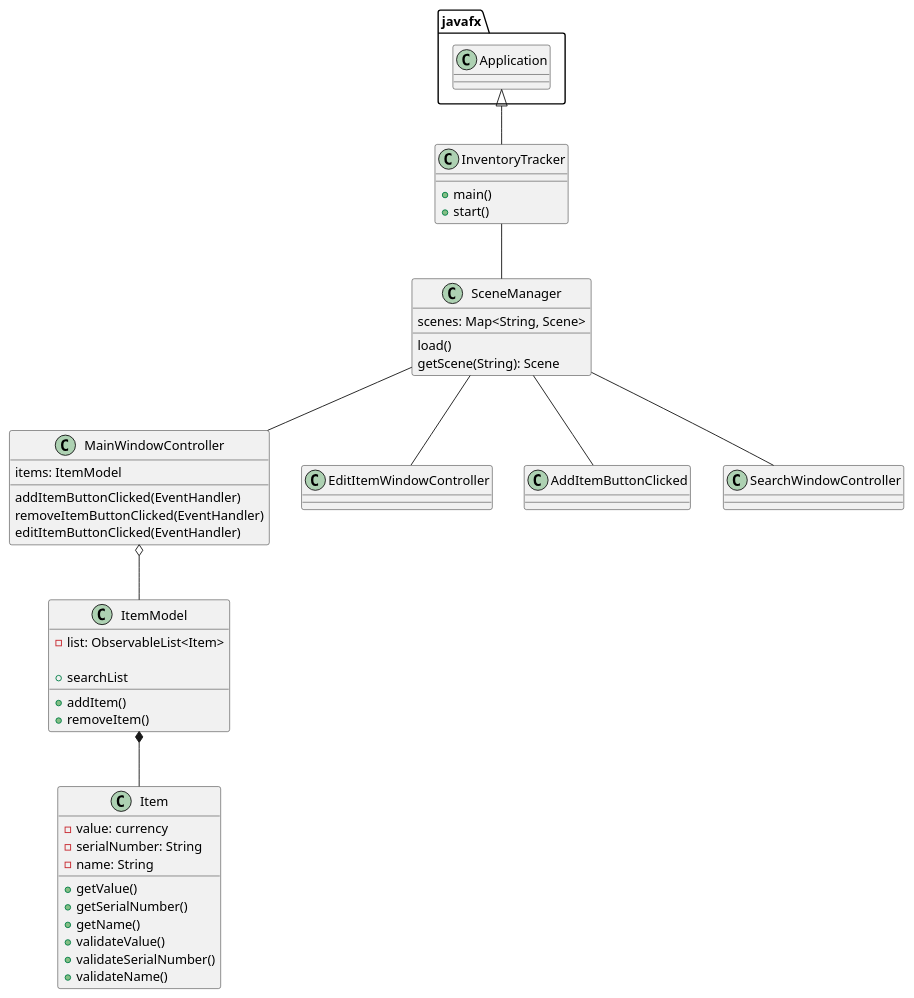
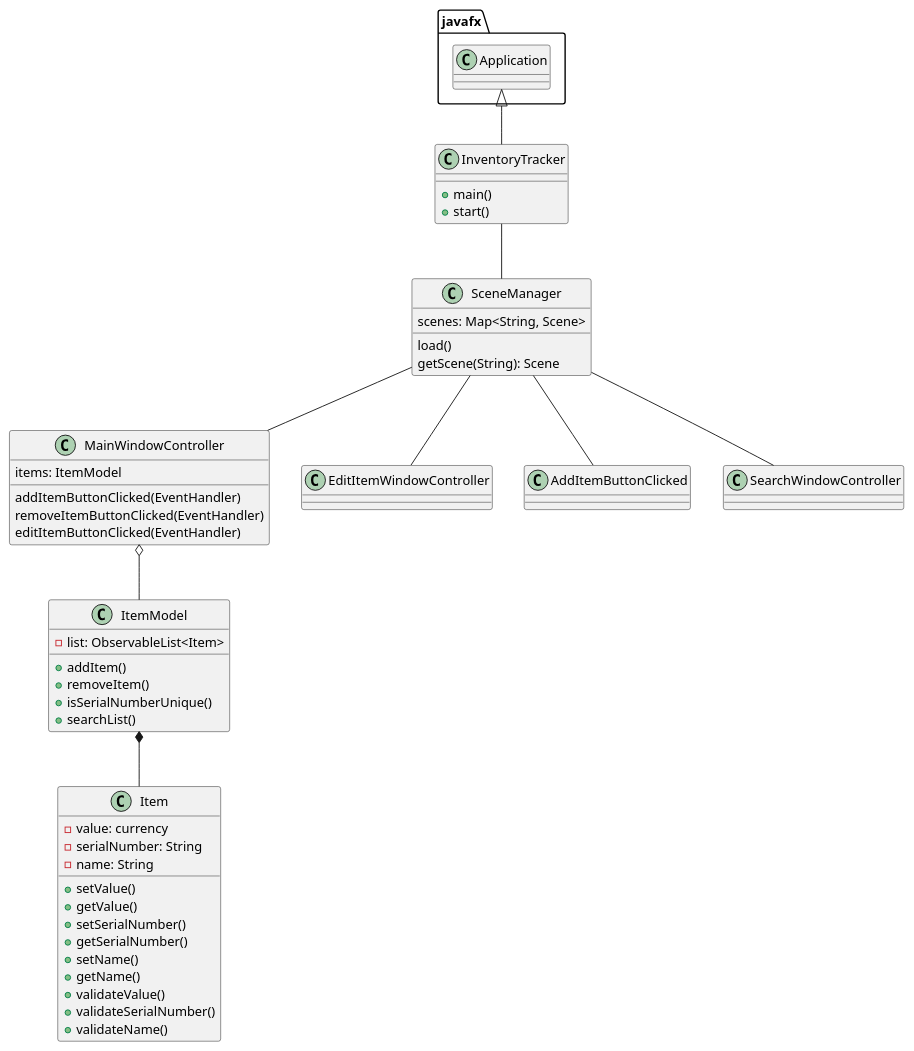
Before and after one commit to NickPohlmann/InventoryTracker: the diagram in UML/InventoryTrackerClasses.puml, drawn with PlantUML. The commit also changed 2 other files, not shown here.

Commit message:
Added setters to item and added search function and serial number uniqueness checker to ItemModel

```diff
--- a/UML/InventoryTrackerClasses.puml
+++ b/UML/InventoryTrackerClasses.puml
@@ -1,65 +1,69 @@
 @startuml
 'https://plantuml.com/class-diagram
 
 class InventoryTracker {
     +main()
     +start()
 }
 
 class SceneManager {
     scenes: Map<String, Scene>
 
     load()
     getScene(String): Scene
 }
 
 class MainWindowController {
     items: ItemModel
 
     addItemButtonClicked(EventHandler)
     removeItemButtonClicked(EventHandler)
     editItemButtonClicked(EventHandler)
 }
 
 class ItemModel {
     -list: ObservableList<Item>
 
     +addItem()
     +removeItem()
-    +searchList
+    +isSerialNumberUnique()
+    +searchList()
 }
 
 class Item {
     -value: currency
     -serialNumber: String
     -name: String
 
+    +setValue()
     +getValue()
+    +setSerialNumber()
     +getSerialNumber()
+    +setName()
     +getName()
     +validateValue()
     +validateSerialNumber()
     +validateName()
 }
 
 class EditItemWindowController {
 
 }
 
 class AddItemButtonClicked {
 
 }
 
 class SearchWindowController {
 }
 
 javafx.Application <|-- InventoryTracker
 InventoryTracker -- SceneManager
 SceneManager -- MainWindowController
 SceneManager -- EditItemWindowController
 SceneManager -- AddItemButtonClicked
 SceneManager -- SearchWindowController
 MainWindowController o-- ItemModel
 ItemModel *-- Item
 
 @enduml
```
